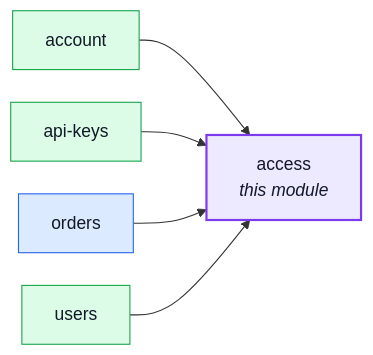
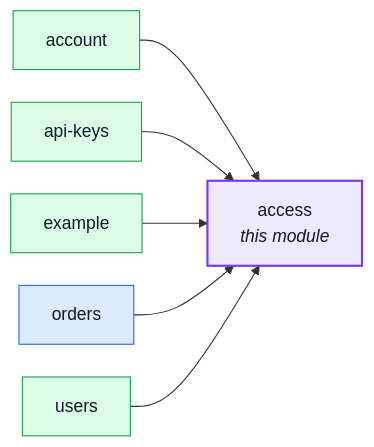
One commit to Guebbit/boilerplate-node-backend changed the diagram in docs/modules/access.md. Above: the diagram before and after it, drawn with Mermaid. The commit also changed 10 other files, not shown here.

````diff
--- a/docs/modules/access.md
+++ b/docs/modules/access.md
@@ -19,22 +19,24 @@
 ```mermaid
 %%{init: {'flowchart': {'nodeSpacing': 30, 'rankSpacing': 60}}}%%
 flowchart LR
     access["access<br/><i>this module</i>"]
     account["account"]
     api_keys["api-keys"]
+    example["example"]
     orders["orders"]
     users["users"]
 
     account --> access
     api_keys --> access
+    example --> access
     orders --> access
     users --> access
 
     classDef core fill:#dbeafe,stroke:#2563eb,color:#111827;
     classDef supporting fill:#fef3c7,stroke:#d97706,color:#111827;
     classDef generic fill:#dcfce7,stroke:#16a34a,color:#111827;
     classDef centre fill:#ede9fe,stroke:#7c3aed,stroke-width:2px,color:#111827;
     class orders core;
-    class account,api_keys,users generic;
+    class account,api_keys,example,users generic;
     class access centre;
 ```
````
